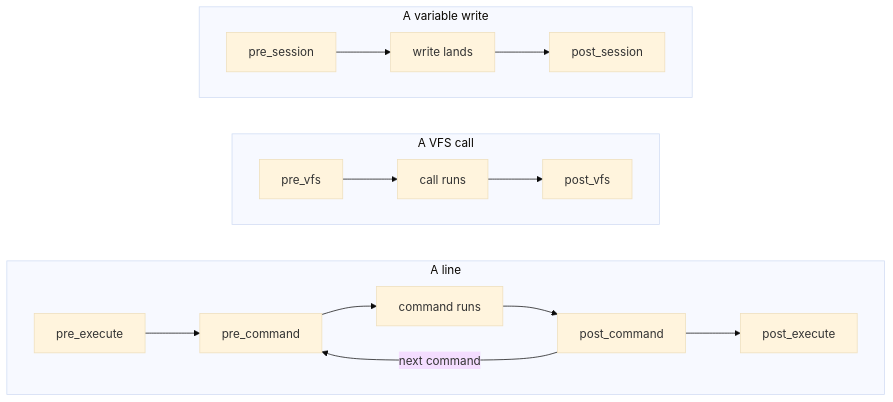
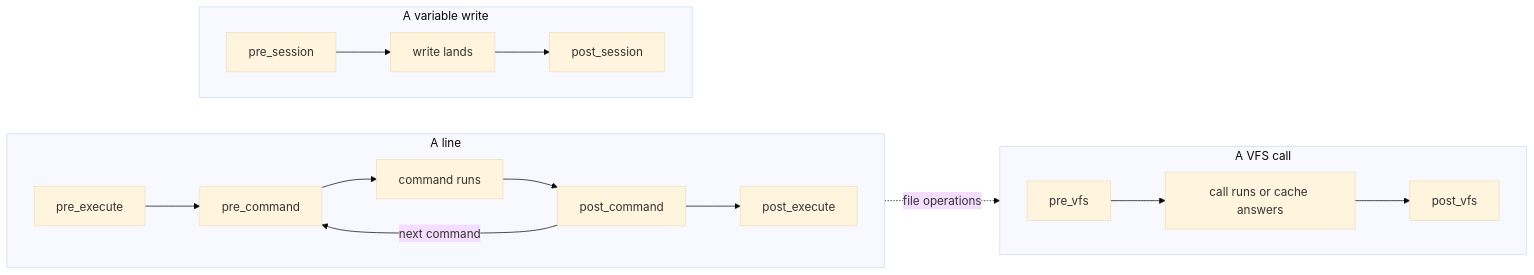
Before and after one commit to strukto-ai/mirage: the diagram in docs/home/policy/policies.mdx, drawn with Mermaid (base theme). The commit also changed other lines of this file and 87 other files, not shown here.

````diff
--- a/docs/home/policy/policies.mdx
+++ b/docs/home/policy/policies.mdx
@@ -68,16 +68,17 @@
 ```mermaid
 flowchart LR
     subgraph line["A line"]
         direction LR
         PE["pre_execute"] --> PC["pre_command"] --> Run["command runs"] --> PoC["post_command"] --> PoE["post_execute"]
         PoC -- "next command" --> PC
     end
     subgraph call["A VFS call"]
         direction LR
-        PV["pre_vfs"] --> Op["call runs"] --> PoV["post_vfs"]
+        PV["pre_vfs"] --> Op["call runs or cache answers"] --> PoV["post_vfs"]
     end
+    Run -. file operations .-> PV
     subgraph write["A variable write"]
         direction LR
         PS["pre_session"] --> Land["write lands"] --> PoS["post_session"]
     end
 ```
````
